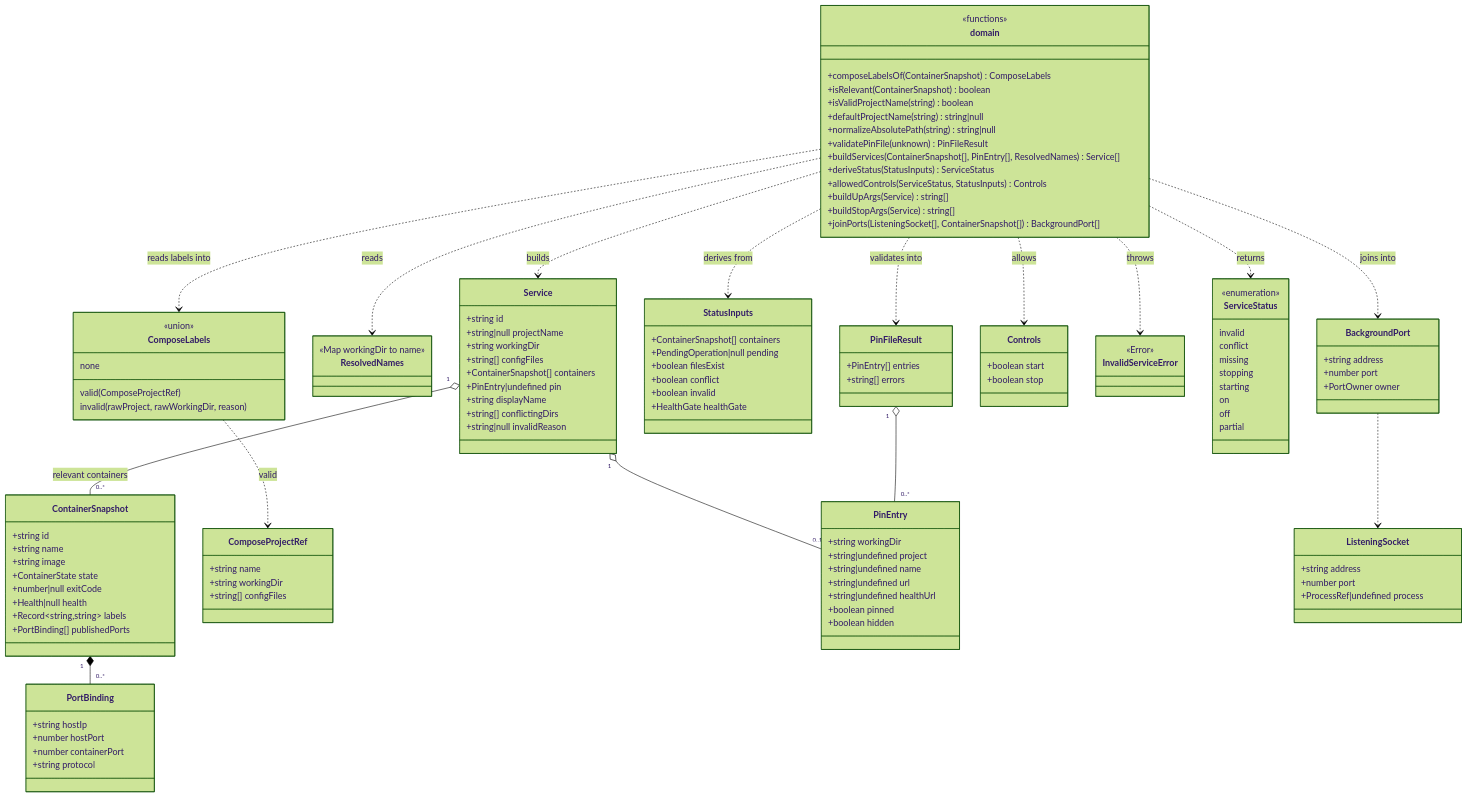
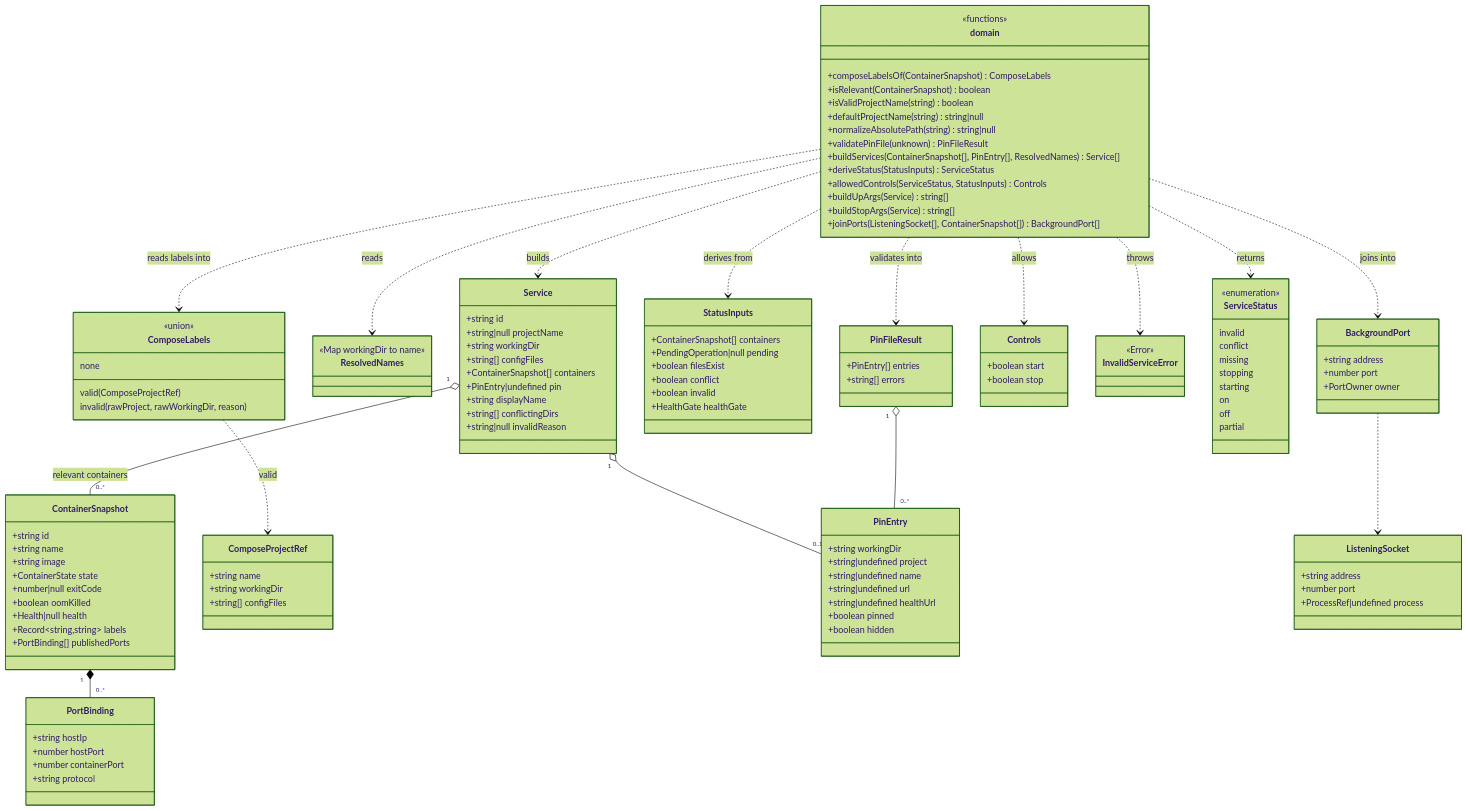
Before and after one commit to benoit-bremaud/dock-n-roll: the diagram in docs/architecture/diagrams/launcher/05-class-domain.md, drawn with Mermaid (forest theme). The commit also changed 23 other files, not shown here.

```diff
--- a/docs/architecture/diagrams/launcher/05-class-domain.md
+++ b/docs/architecture/diagrams/launcher/05-class-domain.md
@@ -20,6 +20,7 @@
     +string image
     +ContainerState state
     +number|null exitCode
+    +boolean oomKilled
     +Health|null health
     +Record~string,string~ labels
     +PortBinding[] publishedPorts
```
